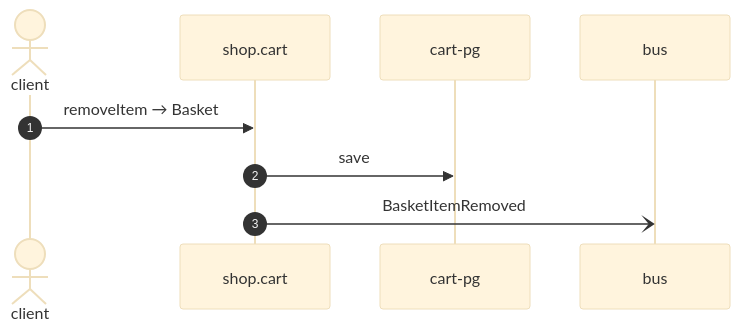
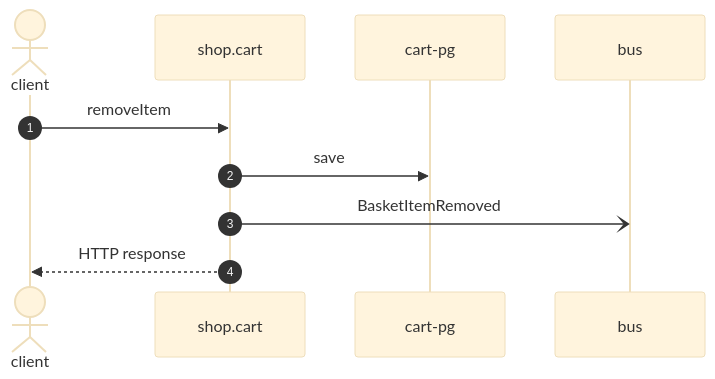
Before and after one commit to shortlink-org/portolan: the diagram in docs/example/flows/cart-remove-item.md, drawn with Mermaid (base theme). The commit also changed other lines of this file and 191 other files, not shown here.

````diff
--- a/docs/example/flows/cart-remove-item.md
+++ b/docs/example/flows/cart-remove-item.md
@@ -20,11 +24,12 @@
 ```mermaid
 sequenceDiagram
     autonumber
     actor p0 as client
     participant p1 as shop.cart
     participant p2 as cart-pg
     participant p3 as bus
-    p0->>p1: removeItem → Basket
+    p0->>p1: removeItem
     p1->>p2: save
     p1-)p3: BasketItemRemoved
+    p1-->>p0: HTTP response
 ```
````
